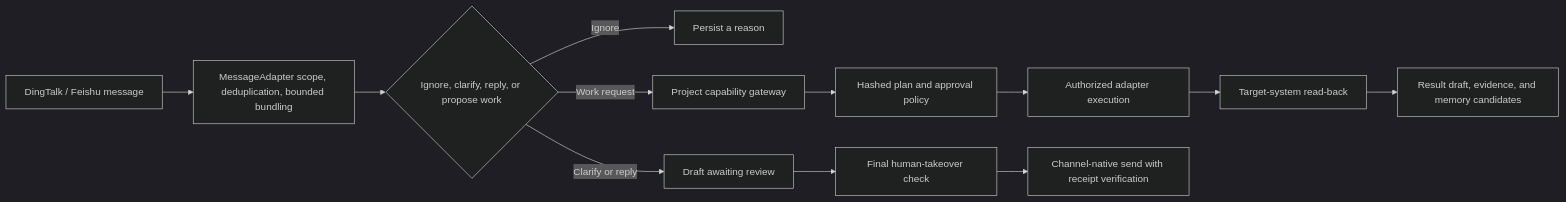
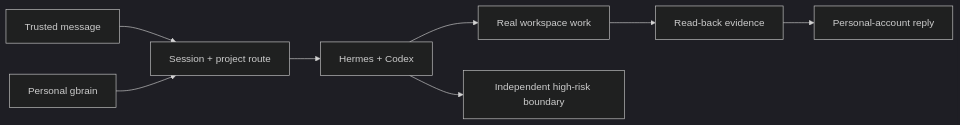
One commit to ruiwang20010702/ai-employee changed the diagram in docs/en/overview.md. Above: the diagram before and after it, drawn with Mermaid (dark theme). The commit also changed other lines of this file and 70 other files, not shown here.

````diff
--- a/docs/en/overview.md
+++ b/docs/en/overview.md
@@ -37,14 +19,10 @@
 ```mermaid
 flowchart LR
-    A["DingTalk / Feishu message"] --> B["MessageAdapter scope, deduplication, bounded bundling"]
-    B --> C{"Ignore, clarify, reply, or propose work"}
-    C -->|"Ignore"| D["Persist a reason"]
-    C -->|"Clarify or reply"| E["Draft awaiting review"]
-    C -->|"Work request"| F["Project capability gateway"]
-    F --> G["Hashed plan and approval policy"]
-    G --> H["Authorized adapter execution"]
-    H --> I["Target-system read-back"]
-    I --> J["Result draft, evidence, and memory candidates"]
-    E --> K["Final human-takeover check"]
-    K --> L["Channel-native send with receipt verification"]
+    MSG["Trusted message"] --> ROUTE["Session + project route"]
+    GB["Personal gbrain"] --> ROUTE
+    ROUTE --> LOOP["Hermes + Codex"]
+    LOOP --> WORK["Real workspace work"]
+    WORK --> EVIDENCE["Read-back evidence"]
+    EVIDENCE --> REPLY["Personal-account reply"]
+    LOOP --> BOUNDARY["Independent high-risk boundary"]
 ```
````
